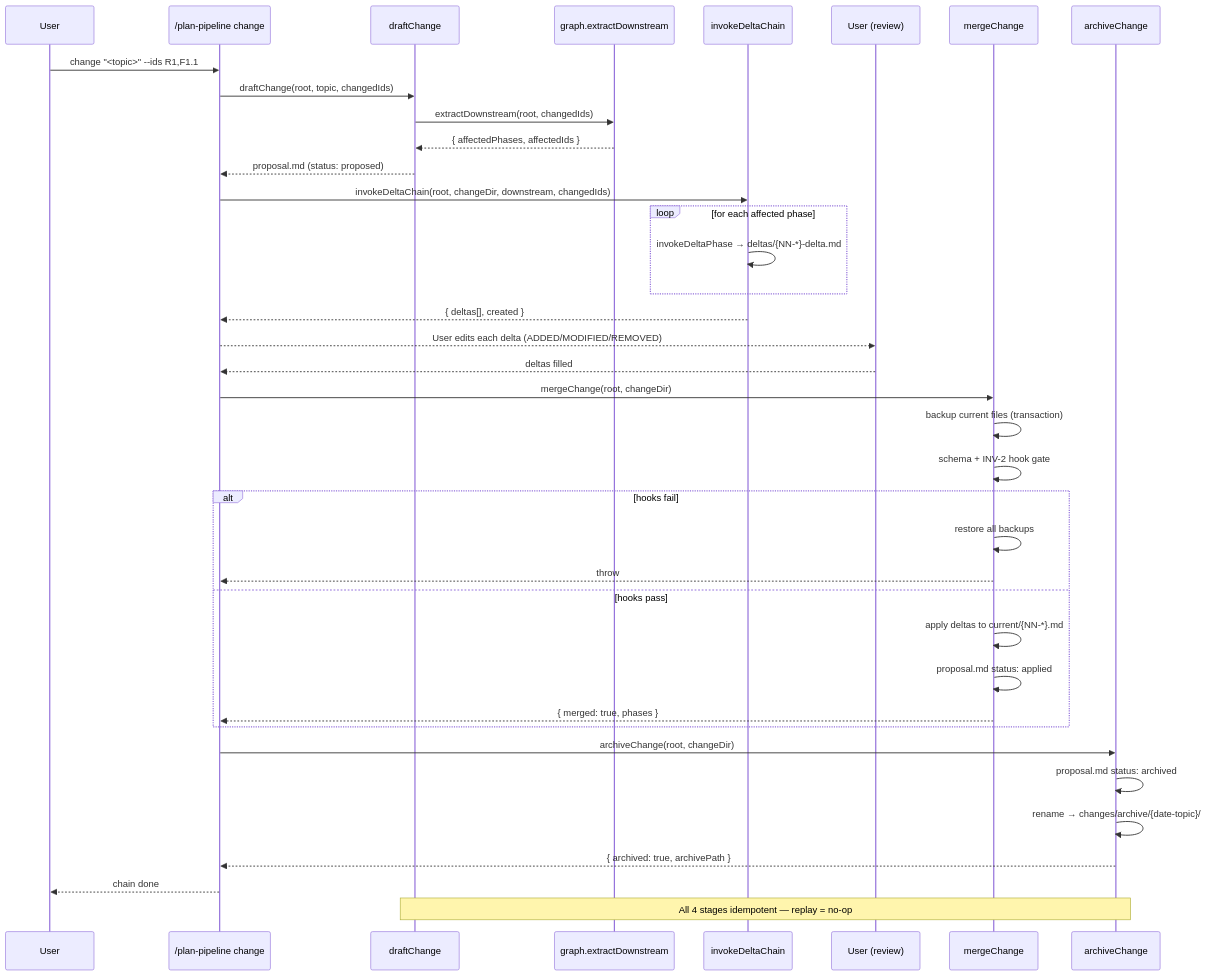
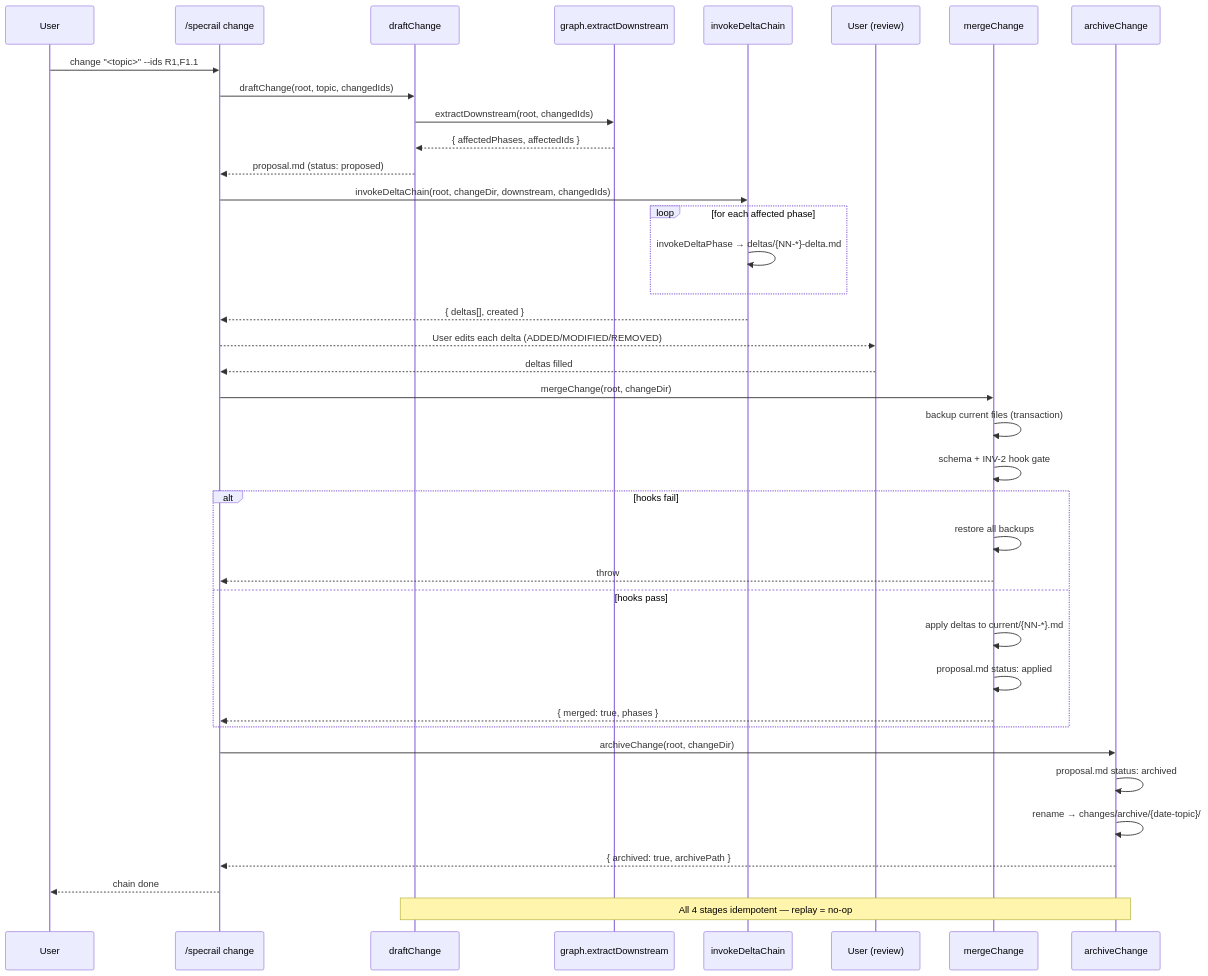
One commit to sungminoh/specrail changed the third of 4 diagrams in docs/spec/examples/05-user-flow.md. Above: the diagram before and after it, drawn with Mermaid. The commit also changed other lines of this file and 72 other files, not shown here.

First line of the commit message:
chore: rename project to specrail (drop plan-pipeline / v4 brand)

````diff
--- a/docs/spec/examples/05-user-flow.md
+++ b/docs/spec/examples/05-user-flow.md
@@ -211,47 +211,47 @@
 ```mermaid
 sequenceDiagram
     participant User
-    participant CLI as /plan-pipeline change
+    participant CLI as /specrail change
     participant Draft as draftChange
     participant Graph as graph.extractDownstream
     participant Chain as invokeDeltaChain
     participant Reviewer as User (review)
     participant Merge as mergeChange
     participant Archive as archiveChange
 
     User->>CLI: change "<topic>" --ids R1,F1.1
     CLI->>Draft: draftChange(root, topic, changedIds)
     Draft->>Graph: extractDownstream(root, changedIds)
     Graph-->>Draft: { affectedPhases, affectedIds }
     Draft-->>CLI: proposal.md (status: proposed)
 
     CLI->>Chain: invokeDeltaChain(root, changeDir, downstream, changedIds)
     loop for each affected phase
         Chain->>Chain: invokeDeltaPhase → deltas/{NN-*}-delta.md
     end
     Chain-->>CLI: { deltas[], created }
 
     CLI-->>Reviewer: User edits each delta (ADDED/MODIFIED/REMOVED)
     Reviewer-->>CLI: deltas filled
 
     CLI->>Merge: mergeChange(root, changeDir)
     Merge->>Merge: backup current files (transaction)
     Merge->>Merge: schema + INV-2 hook gate
     alt hooks fail
         Merge->>Merge: restore all backups
         Merge-->>CLI: throw
     else hooks pass
         Merge->>Merge: apply deltas to current/{NN-*}.md
         Merge->>Merge: proposal.md status: applied
         Merge-->>CLI: { merged: true, phases }
     end
 
     CLI->>Archive: archiveChange(root, changeDir)
     Archive->>Archive: proposal.md status: archived
     Archive->>Archive: rename → changes/archive/{date-topic}/
     Archive-->>CLI: { archived: true, archivePath }
 
     CLI-->>User: chain done
 
     Note over Draft,Archive: All 4 stages idempotent — replay = no-op
 ```
````
